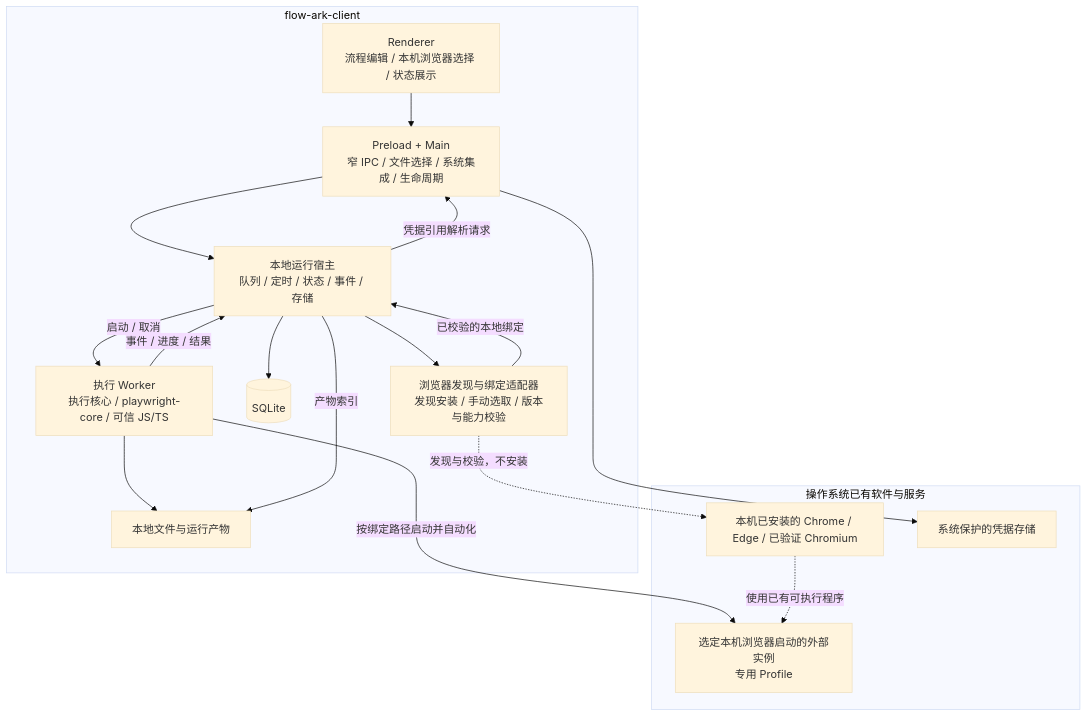
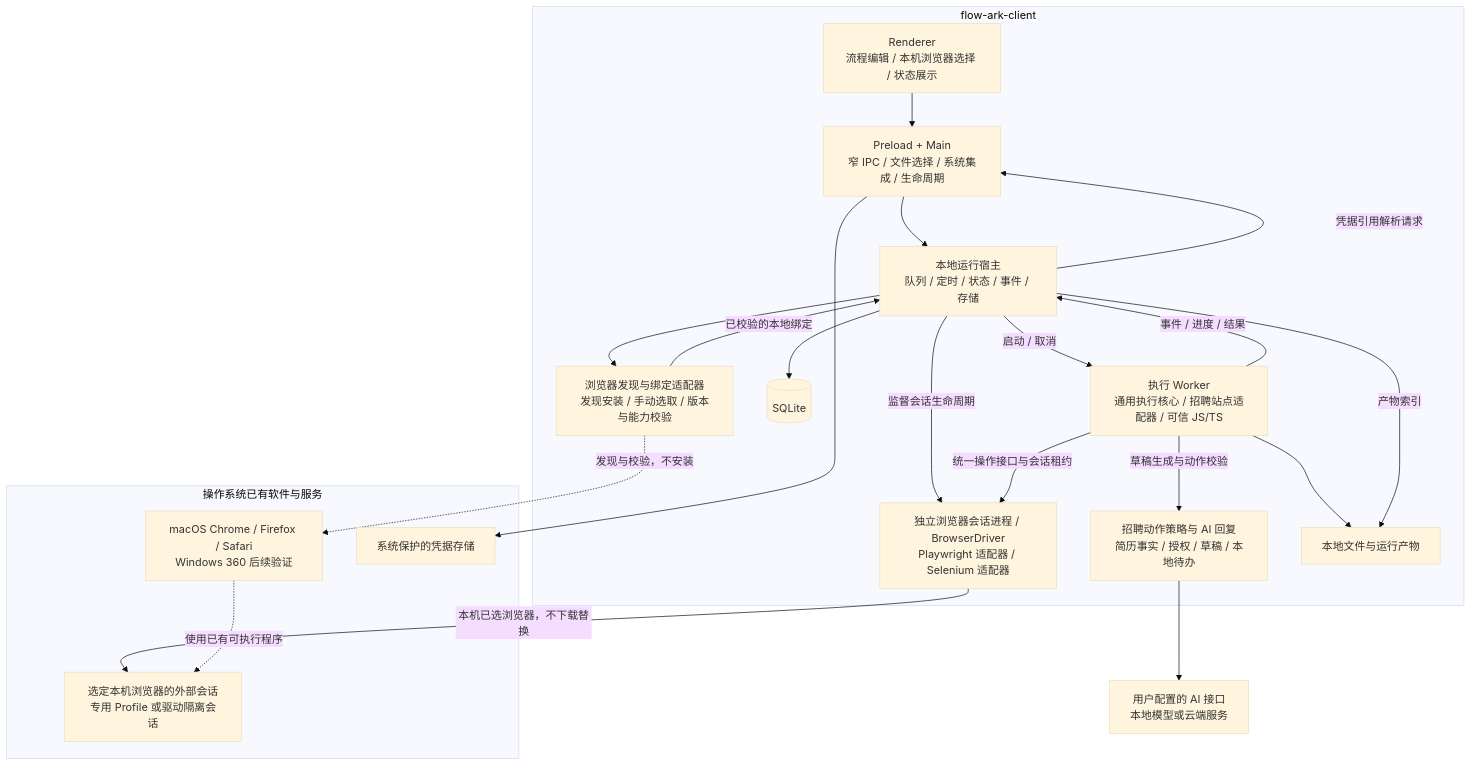
Before and after one commit to zhongmiao-org/flow-ark: the second of 5 diagrams in docs/architecture.md, drawn with Mermaid (base theme). The commit also changed other lines of this file and 5 other files, not shown here.

````diff
--- a/docs/architecture.md
+++ b/docs/architecture.md
@@ -60,31 +65,38 @@
 ```mermaid
 flowchart TB
     subgraph CLIENT["flow-ark-client"]
         UI["Renderer<br/>流程编辑 / 本机浏览器选择 / 状态展示"]
         BR["Preload + Main<br/>窄 IPC / 文件选择 / 系统集成 / 生命周期"]
         HOST["本地运行宿主<br/>队列 / 定时 / 状态 / 事件 / 存储"]
         SELECT["浏览器发现与绑定适配器<br/>发现安装 / 手动选取 / 版本与能力校验"]
         DB[(SQLite)]
-        WORKER["执行 Worker<br/>执行核心 / playwright-core / 可信 JS/TS"]
+        WORKER["执行 Worker<br/>通用执行核心 / 招聘站点适配器 / 可信 JS/TS"]
+        POLICY["招聘动作策略与 AI 回复<br/>简历事实 / 授权 / 草稿 / 本地待办"]
+        DRIVER["独立浏览器会话进程 / BrowserDriver<br/>Playwright 适配器 / Selenium 适配器"]
         FILES["本地文件与运行产物"]
     end
     subgraph SYSTEM["操作系统已有软件与服务"]
-        INSTALLED["本机已安装的 Chrome / Edge / 已验证 Chromium"]
-        WEB["选定本机浏览器启动的外部实例<br/>专用 Profile"]
+        INSTALLED["macOS Chrome / Firefox / Safari<br/>Windows 360 后续验证"]
+        WEB["选定本机浏览器的外部会话<br/>专用 Profile 或驱动隔离会话"]
         SECRET["系统保护的凭据存储"]
     end
+    MODEL["用户配置的 AI 接口<br/>本地模型或云端服务"]
     UI --> BR
     BR --> HOST
     HOST --> DB
     HOST --> SELECT
     SELECT -. "发现与校验，不安装" .-> INSTALLED
     SELECT -->|"已校验的本地绑定"| HOST
     HOST -->|"启动 / 取消"| WORKER
     WORKER -->|"事件 / 进度 / 结果"| HOST
-    WORKER -->|"按绑定路径启动并自动化"| WEB
+    HOST -->|"监督会话生命周期"| DRIVER
+    WORKER -->|"草稿生成与动作校验"| POLICY
+    POLICY --> MODEL
+    WORKER -->|"统一操作接口与会话租约"| DRIVER
+    DRIVER -->|"本机已选浏览器，不下载替换"| WEB
     INSTALLED -. "使用已有可执行程序" .-> WEB
     WORKER --> FILES
     HOST -->|"产物索引"| FILES
     BR --> SECRET
     HOST -->|"凭据引用解析请求"| BR
 ```
````
